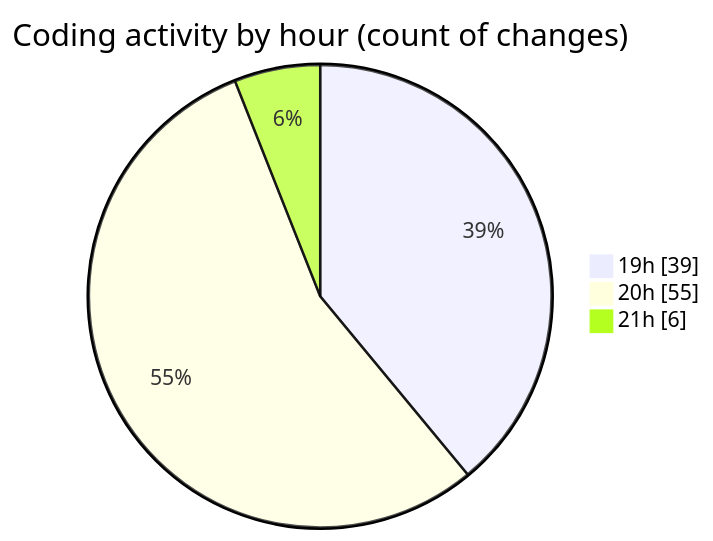
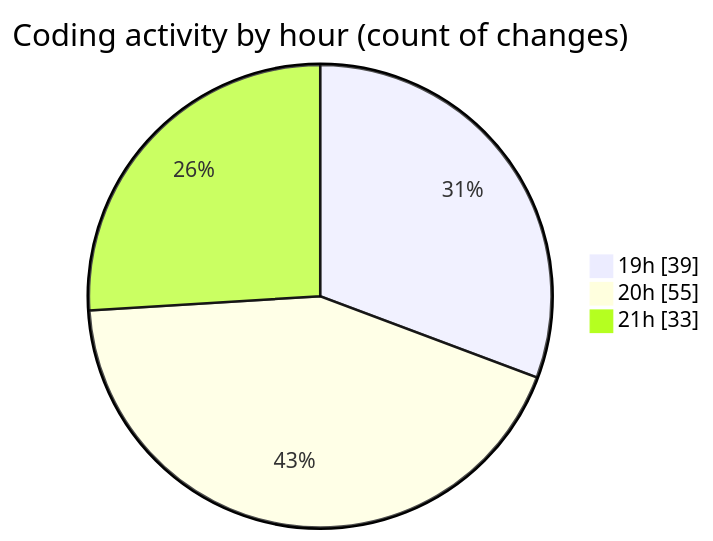
The second of 2 diagrams in 2026-06-16/cda/README.md (momahboobian/code-tracking), drawn with Mermaid before and after one commit. The commit also changed other lines of this file and 1 other file, not shown here.

````diff
--- a/2026-06-16/cda/README.md
+++ b/2026-06-16/cda/README.md
@@ -62,7 +81,7 @@
 ```mermaid
 pie showData
 title Coding activity by hour (count of changes)
 "19h" : 39
 "20h" : 55
-"21h" : 6
+"21h" : 33
 ```
````
